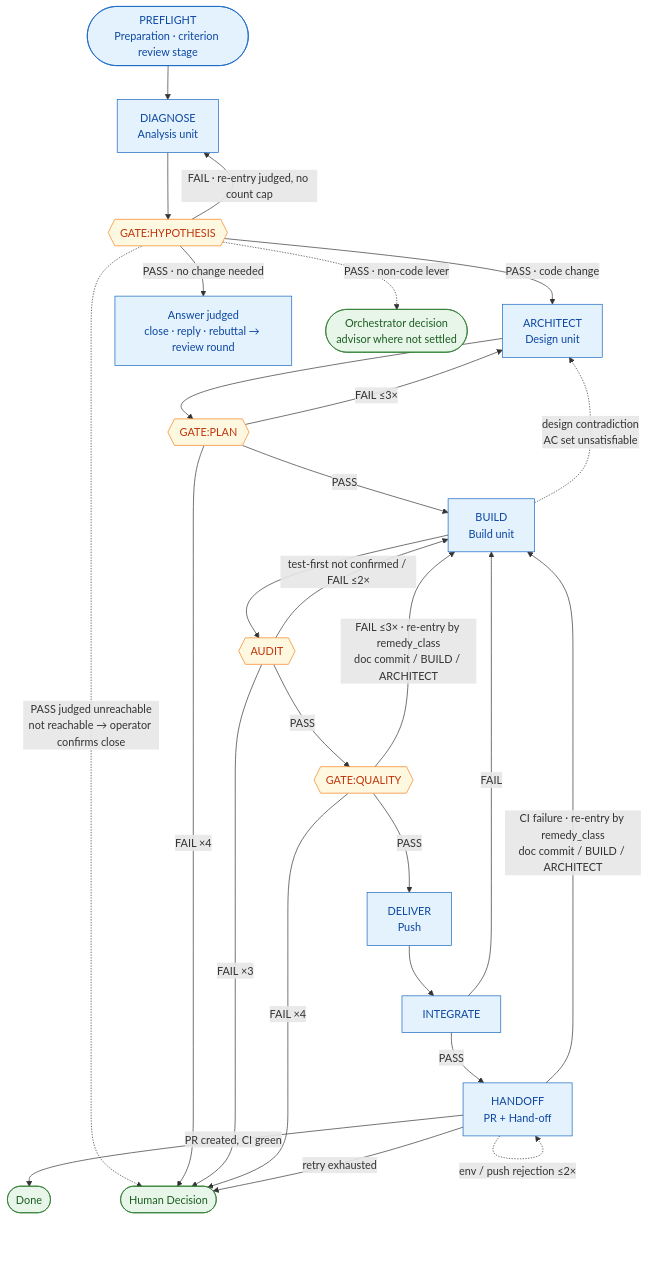
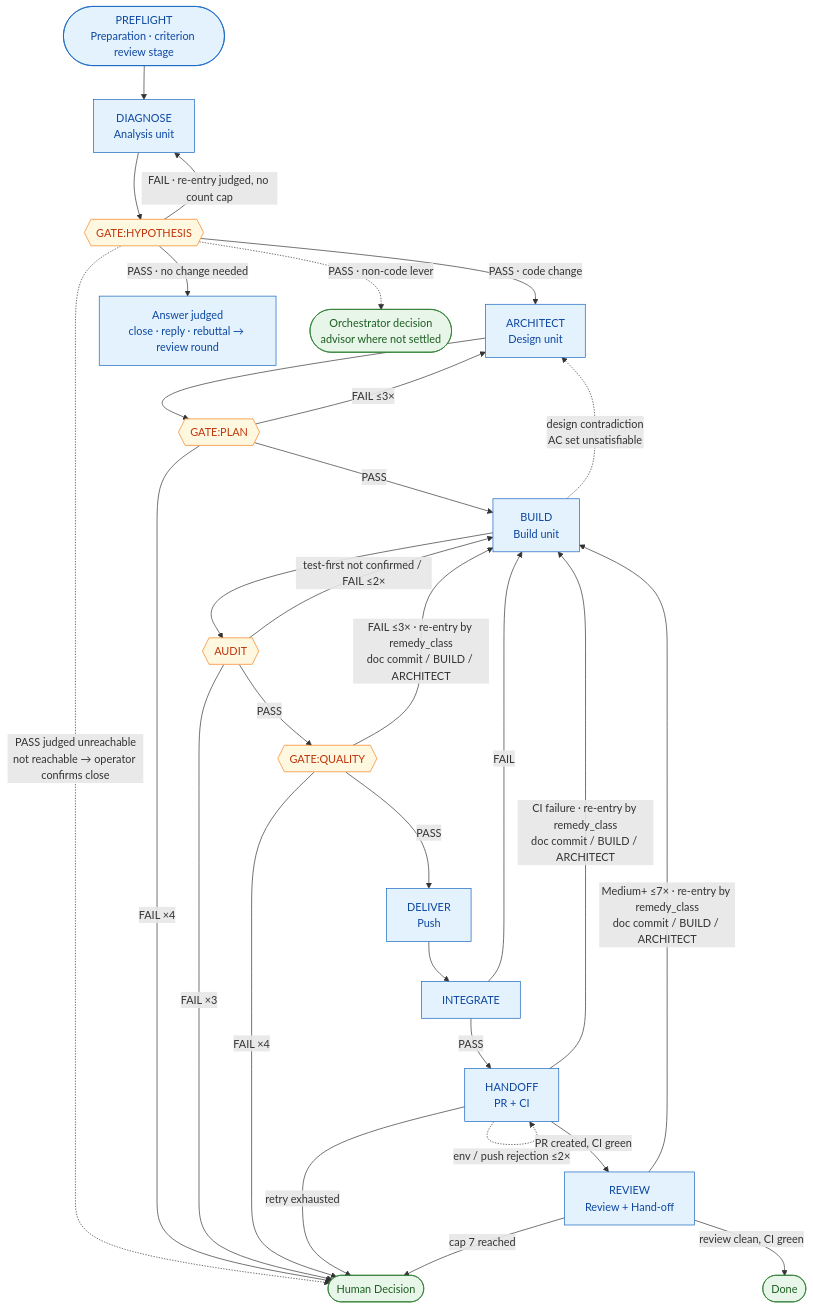
The diagram in docs/autoflow-guide.md (Munsik-Park/autoflow), drawn with Mermaid before and after one commit. The commit also changed other lines of this file and 62 other files, not shown here.

````diff
--- a/docs/autoflow-guide.md
+++ b/docs/autoflow-guide.md
@@ -53,49 +53,53 @@
 ```mermaid
 flowchart TD
     PRE([PREFLIGHT<br/>Preparation · criterion review stage]):::phase
     DIA[DIAGNOSE<br/>Analysis unit]:::phase
     HYP{{GATE:HYPOTHESIS}}:::gate
     ARC[ARCHITECT<br/>Design unit]:::phase
     PLAN{{GATE:PLAN}}:::gate
     BLD[BUILD<br/>Build unit]:::phase
     AUD{{AUDIT}}:::gate
     QUAL{{GATE:QUALITY}}:::gate
     DEL[DELIVER<br/>Push]:::phase
     INT[INTEGRATE]:::phase
-    HAND[HANDOFF<br/>PR + Hand-off]:::phase
+    HAND[HANDOFF<br/>PR + CI]:::phase
+    REV[REVIEW<br/>Review + Hand-off]:::phase
     ANS[Answer judged<br/>close · reply · rebuttal → review round]:::phase
     DONE([Done]):::terminal
     HUMAN([Human Decision]):::terminal
     ADV([Orchestrator decision<br/>advisor where not settled]):::terminal
 
     PRE --> DIA
     DIA --> HYP
     HYP -->|PASS · no change needed| ANS
     HYP -.->|PASS · non-code lever| ADV
     HYP -->|PASS · code change| ARC
     HYP -->|FAIL · re-entry judged, no count cap| DIA
     HYP -.->|PASS judged unreachable<br/>not reachable → operator confirms close| HUMAN
     ARC --> PLAN
     PLAN -->|PASS| BLD
     PLAN -->|FAIL ≤3×| ARC
     PLAN -->|FAIL ×4| HUMAN
     BLD --> AUD
     BLD -.->|design contradiction<br/>AC set unsatisfiable| ARC
     AUD -->|test-first not confirmed / FAIL ≤2×| BLD
     AUD -->|FAIL ×3| HUMAN
     AUD -->|PASS| QUAL
     QUAL -->|PASS| DEL
     QUAL -->|FAIL ≤3× · re-entry by remedy_class<br/>doc commit / BUILD / ARCHITECT| BLD
     QUAL -->|FAIL ×4| HUMAN
     DEL --> INT
     INT -->|FAIL| BLD
     INT -->|PASS| HAND
     HAND -.->|env / push rejection ≤2×| HAND
     HAND -->|CI failure · re-entry by remedy_class<br/>doc commit / BUILD / ARCHITECT| BLD
     HAND -->|retry exhausted| HUMAN
-    HAND -->|PR created, CI green| DONE
+    HAND -->|PR created, CI green| REV
+    REV -->|Medium+ ≤7× · re-entry by remedy_class<br/>doc commit / BUILD / ARCHITECT| BLD
+    REV -->|cap 7 reached| HUMAN
+    REV -->|review clean, CI green| DONE
 
     classDef phase fill:#e3f2fd,stroke:#1565c0,color:#0d47a1
     classDef gate fill:#fff8e1,stroke:#f57f17,color:#bf360c
     classDef terminal fill:#e8f5e9,stroke:#2e7d32,color:#1b5e20
 ```
````
